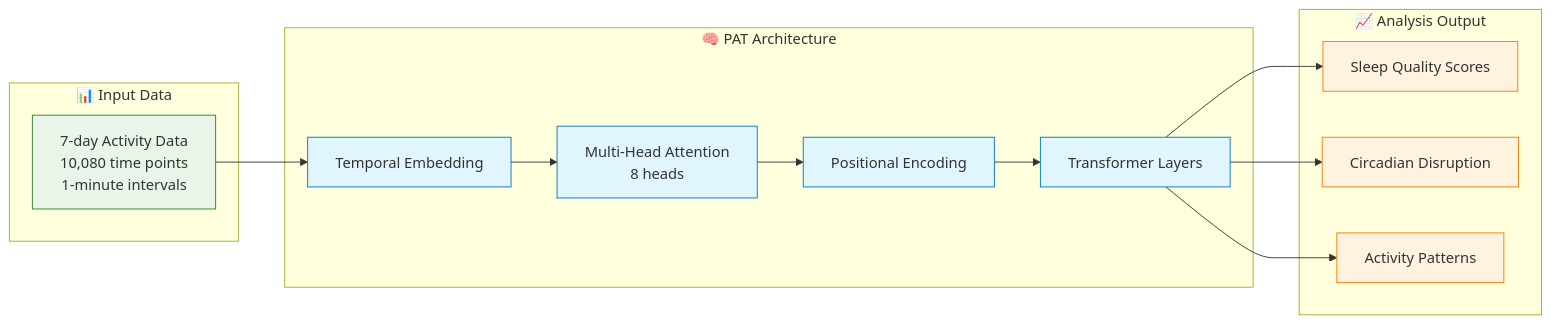
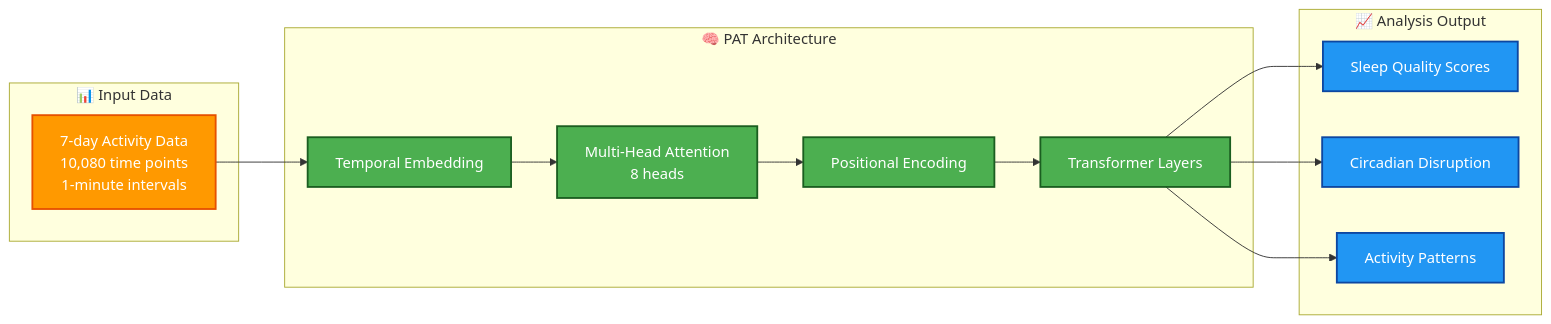
The fifth of 7 diagrams in README.md (Clairty-Digital-Twin/clarity-loop-backend), drawn with Mermaid before and after one commit. The commit also changed other lines of this file, not shown here.

````diff
--- a/README.md
+++ b/README.md
@@ -214,35 +214,35 @@
 ```mermaid
 graph LR
     subgraph Input ["📊 Input Data"]
         A[7-day Activity Data<br/>10,080 time points<br/>1-minute intervals]
     end
     
     subgraph Transformer ["🧠 PAT Architecture"]
         B[Temporal Embedding]
         C[Multi-Head Attention<br/>8 heads]
         D[Positional Encoding]
         E[Transformer Layers]
     end
     
     subgraph Output ["📈 Analysis Output"]
         F[Sleep Quality Scores]
         G[Circadian Disruption]
         H[Activity Patterns]
     end
     
     A --> B
     B --> C
     C --> D
     D --> E
     E --> F
     E --> G
     E --> H
     
-    classDef input fill:#e8f5e8,stroke:#2e7d32
-    classDef model fill:#e1f5fe,stroke:#0277bd
-    classDef output fill:#fff3e0,stroke:#f57c00
+    classDef input fill:#ff9900,stroke:#e65100,stroke-width:2px,color:white
+    classDef model fill:#4caf50,stroke:#1b5e20,stroke-width:2px,color:white
+    classDef output fill:#2196f3,stroke:#0d47a1,stroke-width:2px,color:white
     
     class A input
     class B,C,D,E model
     class F,G,H output
 ```
````
